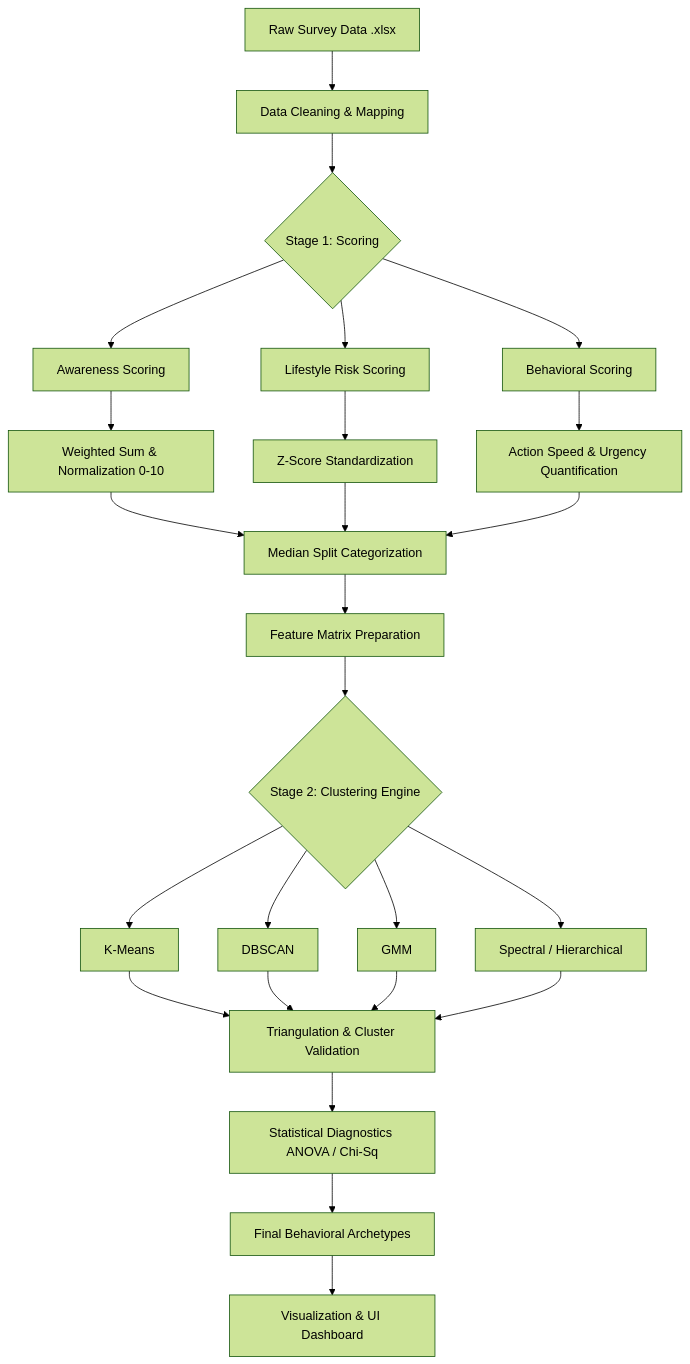
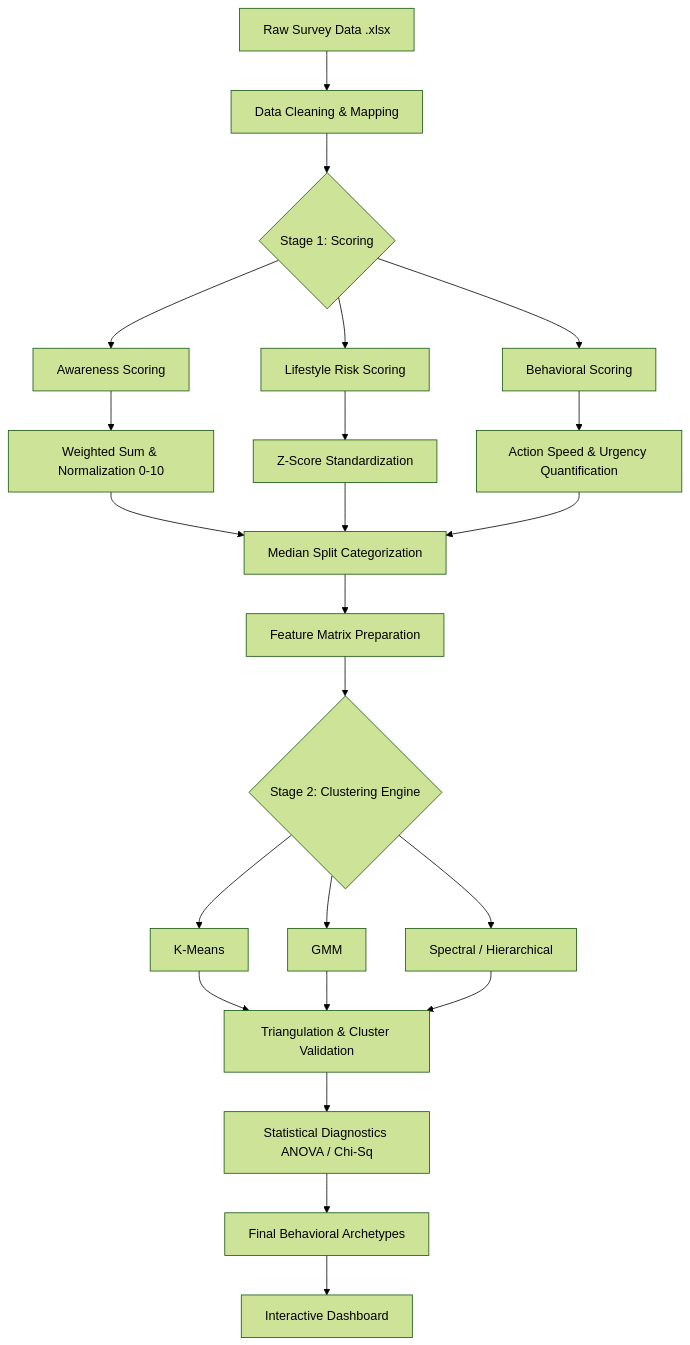
The diagram in README.md (Harshali0505/Stroke-awareness-TY-mini-project), drawn with Mermaid (forest theme) before and after one commit. The commit also changed other lines of this file and 1 other file, not shown here.

````diff
--- a/README.md
+++ b/README.md
@@ -28,27 +28,26 @@
 ```mermaid
 graph TD
     A[Raw Survey Data .xlsx] --> B[Data Cleaning & Mapping]
     B --> C{Stage 1: Scoring}
     
     C --> C1[Awareness Scoring]
     C --> C2[Lifestyle Risk Scoring]
     C --> C3[Behavioral Scoring]
     
     C1 --> D1[Weighted Sum & Normalization 0-10]
     C2 --> D2[Z-Score Standardization]
     C3 --> D3[Action Speed & Urgency Quantification]
     
     D1 & D2 & D3 --> E[Median Split Categorization]
     E --> F[Feature Matrix Preparation]
     
     F --> G{Stage 2: Clustering Engine}
     G --> G1[K-Means]
-    G --> G2[DBSCAN]
-    G --> G3[GMM]
-    G --> G4[Spectral / Hierarchical]
+    G --> G2[GMM]
+    G --> G3[Spectral / Hierarchical]
     
-    G1 & G2 & G3 & G4 --> H[Triangulation & Cluster Validation]
+    G1 & G2 & G3 --> H[Triangulation & Cluster Validation]
     H --> I[Statistical Diagnostics ANOVA / Chi-Sq]
     I --> J[Final Behavioral Archetypes]
-    J --> K[Visualization & UI Dashboard]
+    J --> K[Interactive Dashboard]
 ```
````
